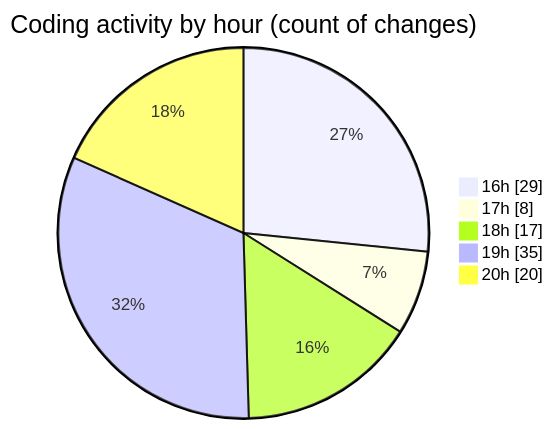
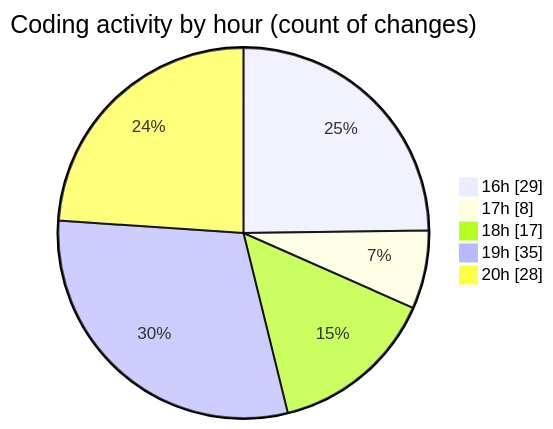
The second of 2 diagrams in 2025-11-01/skintrack/README.md (Netris89/code-tracking), drawn with Mermaid before and after one commit. The commit also changed other lines of this file and 1 other file, not shown here.

````diff
--- a/2025-11-01/skintrack/README.md
+++ b/2025-11-01/skintrack/README.md
@@ -35,9 +35,9 @@
 ```mermaid
 pie showData
 title Coding activity by hour (count of changes)
 "16h" : 29
 "17h" : 8
 "18h" : 17
 "19h" : 35
-"20h" : 20
+"20h" : 28
 ```
````
